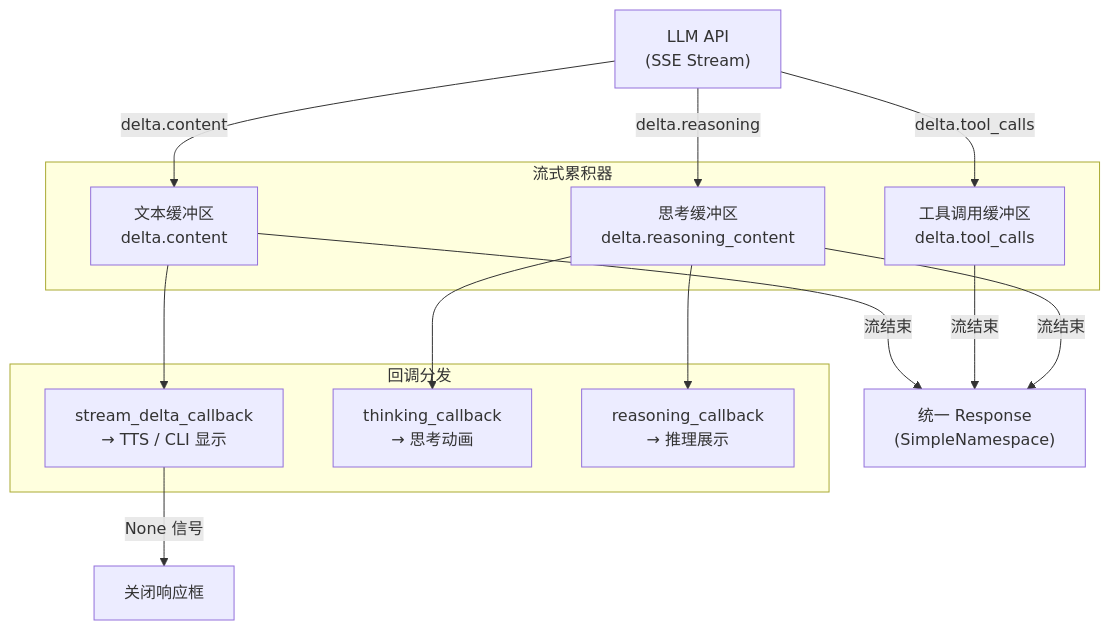
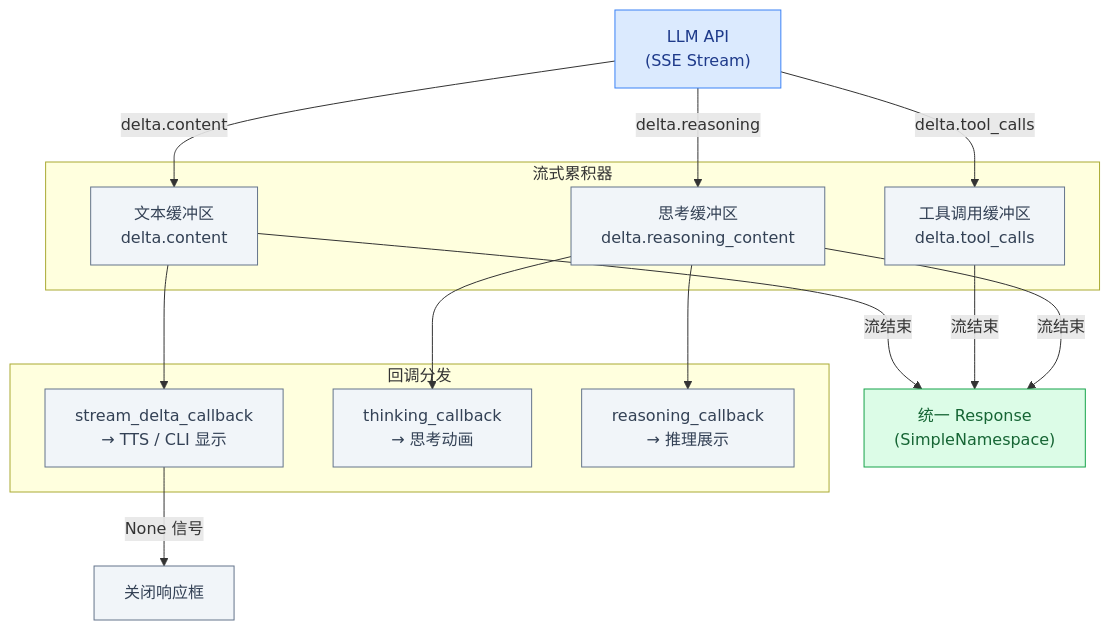
One commit to pty819/hermes-docs changed the third of 7 diagrams in chapters/agent-loop.rst. Above: the diagram before and after it, drawn with Mermaid. The commit also changed other lines of this file and 27 other files, not shown here.

```diff
--- a/chapters/agent-loop.rst
+++ b/chapters/agent-loop.rst
@@ -437,32 +443,42 @@
 .. mermaid::
+   :name: streaming-dataflow
+   :caption: 流式数据流图
 
-   graph TD
+   flowchart TD
        API["LLM API<br/>(SSE Stream)"]
-   
+
        subgraph "流式累积器"
            TEXT_BUF["文本缓冲区<br/>delta.content"]
            TC_BUF["工具调用缓冲区<br/>delta.tool_calls"]
            THINK_BUF["思考缓冲区<br/>delta.reasoning_content"]
        end
-   
+
        subgraph "回调分发"
            STREAM_CB["stream_delta_callback<br/>→ TTS / CLI 显示"]
            THINK_CB["thinking_callback<br/>→ 思考动画"]
            REASON_CB["reasoning_callback<br/>→ 推理展示"]
        end
-   
+
        RESULT["统一 Response<br/>(SimpleNamespace)"]
-   
+
        API -->|"delta.content"| TEXT_BUF
        API -->|"delta.tool_calls"| TC_BUF
        API -->|"delta.reasoning"| THINK_BUF
-   
+
        TEXT_BUF --> STREAM_CB
        THINK_BUF --> THINK_CB
        THINK_BUF --> REASON_CB
-   
+
        TEXT_BUF -->|"流结束"| RESULT
        TC_BUF -->|"流结束"| RESULT
        THINK_BUF -->|"流结束"| RESULT
-   
+
        STREAM_CB -->|"None 信号"| DISPLAY["关闭响应框"]
+
+       classDef info fill:#f1f5f9,stroke:#64748b,color:#334155
+       classDef start fill:#dbeafe,stroke:#3b82f6,color:#1e3a8a
+       classDef success fill:#dcfce7,stroke:#16a34a,color:#166534
+       class API start
+       class TEXT_BUF,TC_BUF,THINK_BUF info
+       class STREAM_CB,THINK_CB,REASON_CB,DISPLAY info
+       class RESULT success
```
